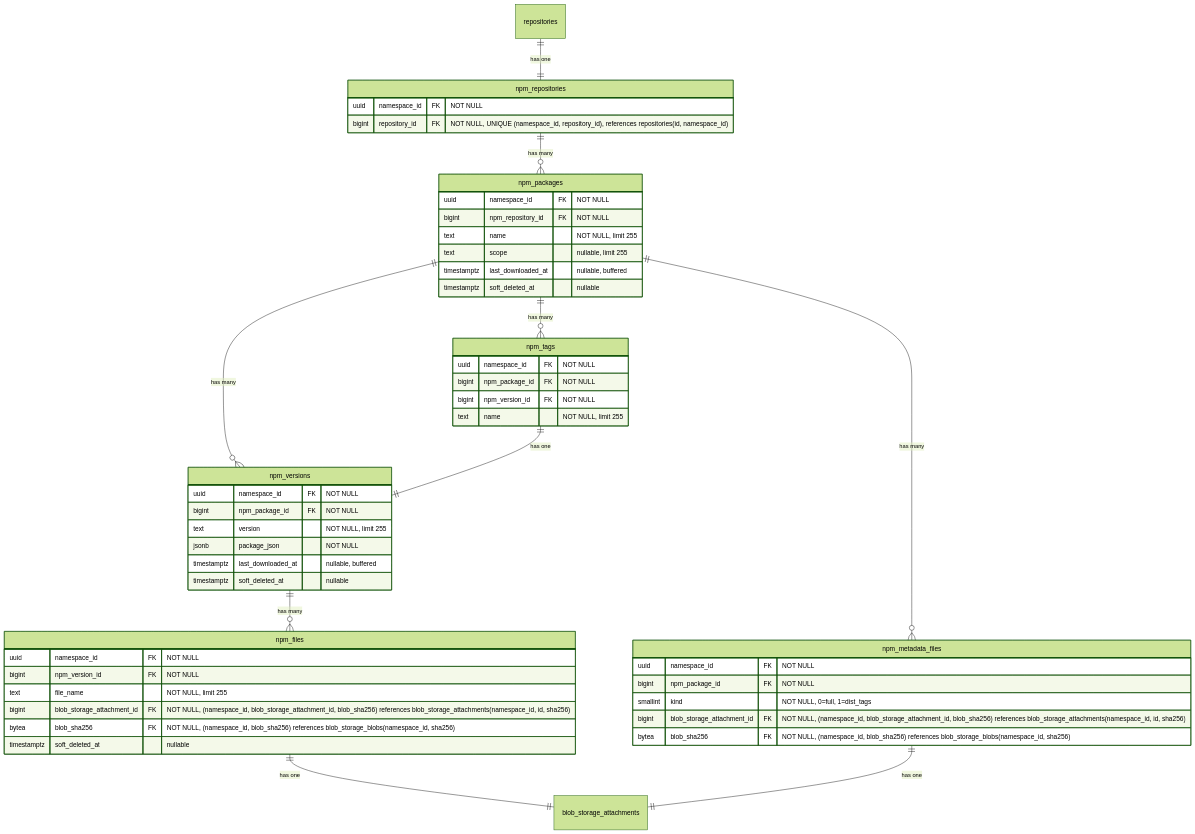
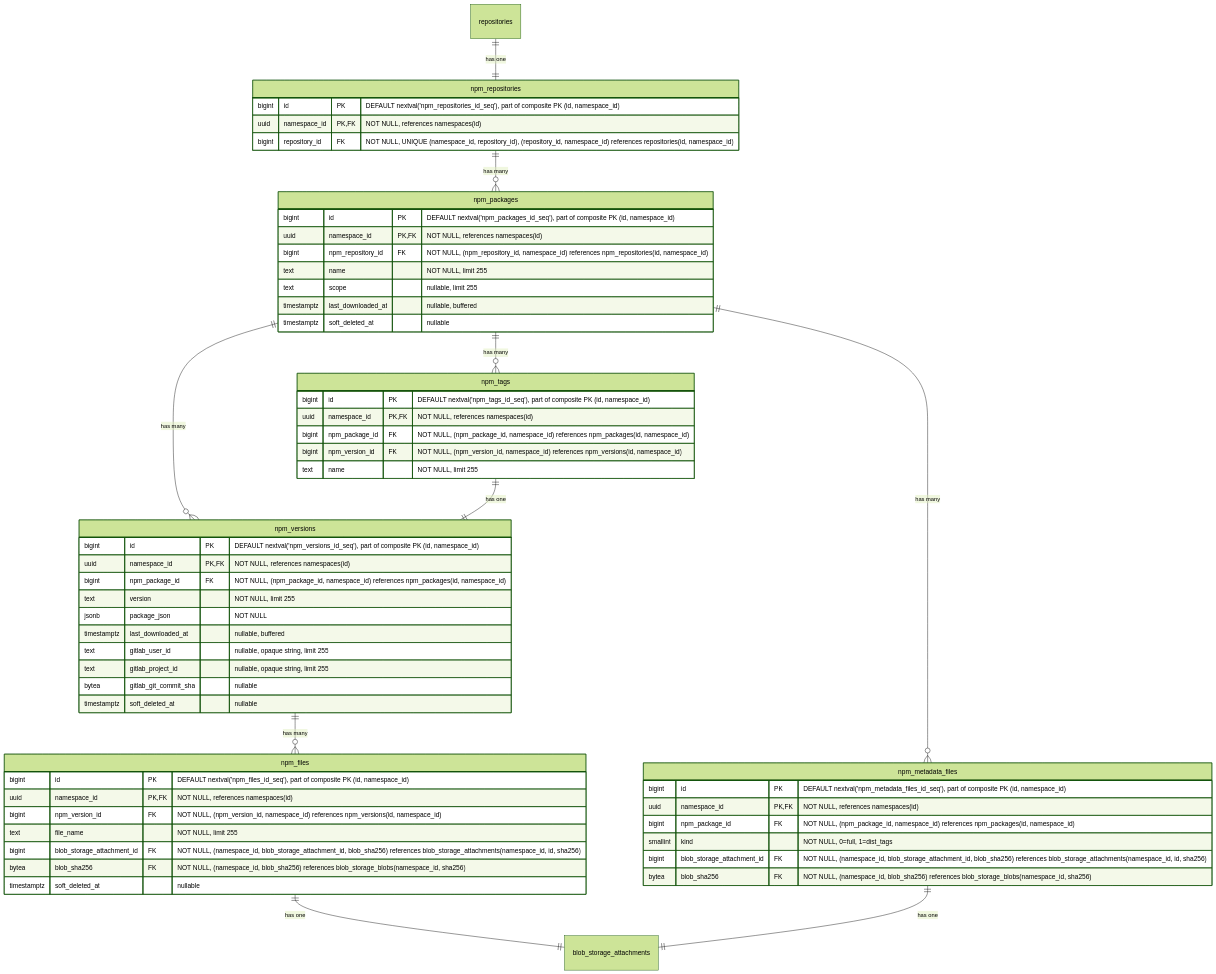
Before and after one commit to kyama0/gitlab-handbook-ja: diagram 13 of 19 in content/handbook/engineering/architecture/design-documents/artifact_registry/decisions/007_database_schema.md, drawn with Mermaid (forest theme). The commit also changed other lines of this file and 7 other files, not shown here.

````diff
--- a/content/handbook/engineering/architecture/design-documents/artifact_registry/decisions/007_database_schema.md
+++ b/content/handbook/engineering/architecture/design-documents/artifact_registry/decisions/007_database_schema.md
@@ -967,59 +1019,68 @@
 ```mermaid
 erDiagram
     repositories ||--|| npm_repositories : "has one"
     npm_repositories ||--o{ npm_packages : "has many"
     npm_packages ||--o{ npm_versions : "has many"
     npm_packages ||--o{ npm_tags : "has many"
     npm_versions ||--o{ npm_files : "has many"
     npm_tags ||--|| npm_versions : "has one"
     npm_packages ||--o{ npm_metadata_files : "has many"
     npm_files ||--|| blob_storage_attachments : "has one"
     npm_metadata_files ||--|| blob_storage_attachments : "has one"
 
     npm_repositories {
-        uuid namespace_id FK "NOT NULL"
-        bigint repository_id FK "NOT NULL, UNIQUE (namespace_id, repository_id), references repositories(id, namespace_id)"
+        bigint id PK "DEFAULT nextval('npm_repositories_id_seq'), part of composite PK (id, namespace_id)"
+        uuid namespace_id PK,FK "NOT NULL, references namespaces(id)"
+        bigint repository_id FK "NOT NULL, UNIQUE (namespace_id, repository_id), (repository_id, namespace_id) references repositories(id, namespace_id)"
     }
 
     npm_packages {
-        uuid namespace_id FK "NOT NULL"
-        bigint npm_repository_id FK "NOT NULL"
+        bigint id PK "DEFAULT nextval('npm_packages_id_seq'), part of composite PK (id, namespace_id)"
+        uuid namespace_id PK,FK "NOT NULL, references namespaces(id)"
+        bigint npm_repository_id FK "NOT NULL, (npm_repository_id, namespace_id) references npm_repositories(id, namespace_id)"
         text name "NOT NULL, limit 255"
         text scope "nullable, limit 255"
         timestamptz last_downloaded_at "nullable, buffered"
         timestamptz soft_deleted_at "nullable"
     }
 
     npm_versions {
-        uuid namespace_id FK "NOT NULL"
-        bigint npm_package_id FK "NOT NULL"
+        bigint id PK "DEFAULT nextval('npm_versions_id_seq'), part of composite PK (id, namespace_id)"
+        uuid namespace_id PK,FK "NOT NULL, references namespaces(id)"
+        bigint npm_package_id FK "NOT NULL, (npm_package_id, namespace_id) references npm_packages(id, namespace_id)"
         text version "NOT NULL, limit 255"
         jsonb package_json "NOT NULL"
         timestamptz last_downloaded_at "nullable, buffered"
+        text gitlab_user_id "nullable, opaque string, limit 255"
+        text gitlab_project_id "nullable, opaque string, limit 255"
+        bytea gitlab_git_commit_sha "nullable"
         timestamptz soft_deleted_at "nullable"
     }
 
     npm_tags {
-        uuid namespace_id FK "NOT NULL"
-        bigint npm_package_id FK "NOT NULL"
-        bigint npm_version_id FK "NOT NULL"
+        bigint id PK "DEFAULT nextval('npm_tags_id_seq'), part of composite PK (id, namespace_id)"
+        uuid namespace_id PK,FK "NOT NULL, references namespaces(id)"
+        bigint npm_package_id FK "NOT NULL, (npm_package_id, namespace_id) references npm_packages(id, namespace_id)"
+        bigint npm_version_id FK "NOT NULL, (npm_version_id, namespace_id) references npm_versions(id, namespace_id)"
         text name "NOT NULL, limit 255"
     }
 
     npm_files {
-        uuid namespace_id FK "NOT NULL"
-        bigint npm_version_id FK "NOT NULL"
+        bigint id PK "DEFAULT nextval('npm_files_id_seq'), part of composite PK (id, namespace_id)"
+        uuid namespace_id PK,FK "NOT NULL, references namespaces(id)"
+        bigint npm_version_id FK "NOT NULL, (npm_version_id, namespace_id) references npm_versions(id, namespace_id)"
         text file_name "NOT NULL, limit 255"
         bigint blob_storage_attachment_id FK "NOT NULL, (namespace_id, blob_storage_attachment_id, blob_sha256) references blob_storage_attachments(namespace_id, id, sha256)"
         bytea blob_sha256 FK "NOT NULL, (namespace_id, blob_sha256) references blob_storage_blobs(namespace_id, sha256)"
         timestamptz soft_deleted_at "nullable"
     }
 
     npm_metadata_files {
-        uuid namespace_id FK "NOT NULL"
-        bigint npm_package_id FK "NOT NULL"
+        bigint id PK "DEFAULT nextval('npm_metadata_files_id_seq'), part of composite PK (id, namespace_id)"
+        uuid namespace_id PK,FK "NOT NULL, references namespaces(id)"
+        bigint npm_package_id FK "NOT NULL, (npm_package_id, namespace_id) references npm_packages(id, namespace_id)"
         smallint kind "NOT NULL, 0=full, 1=dist_tags"
         bigint blob_storage_attachment_id FK "NOT NULL, (namespace_id, blob_storage_attachment_id, blob_sha256) references blob_storage_attachments(namespace_id, id, sha256)"
         bytea blob_sha256 FK "NOT NULL, (namespace_id, blob_sha256) references blob_storage_blobs(namespace_id, sha256)"
     }
 ```
````
